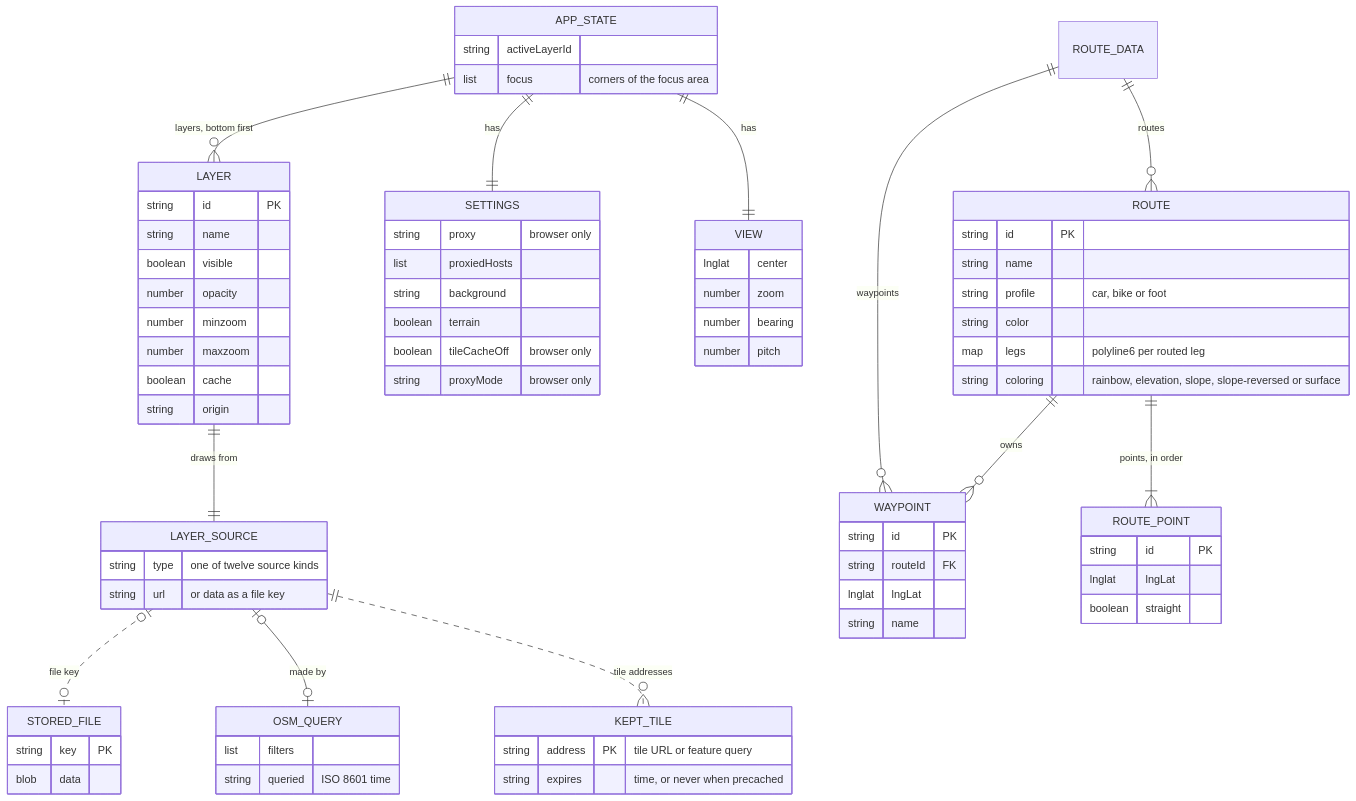
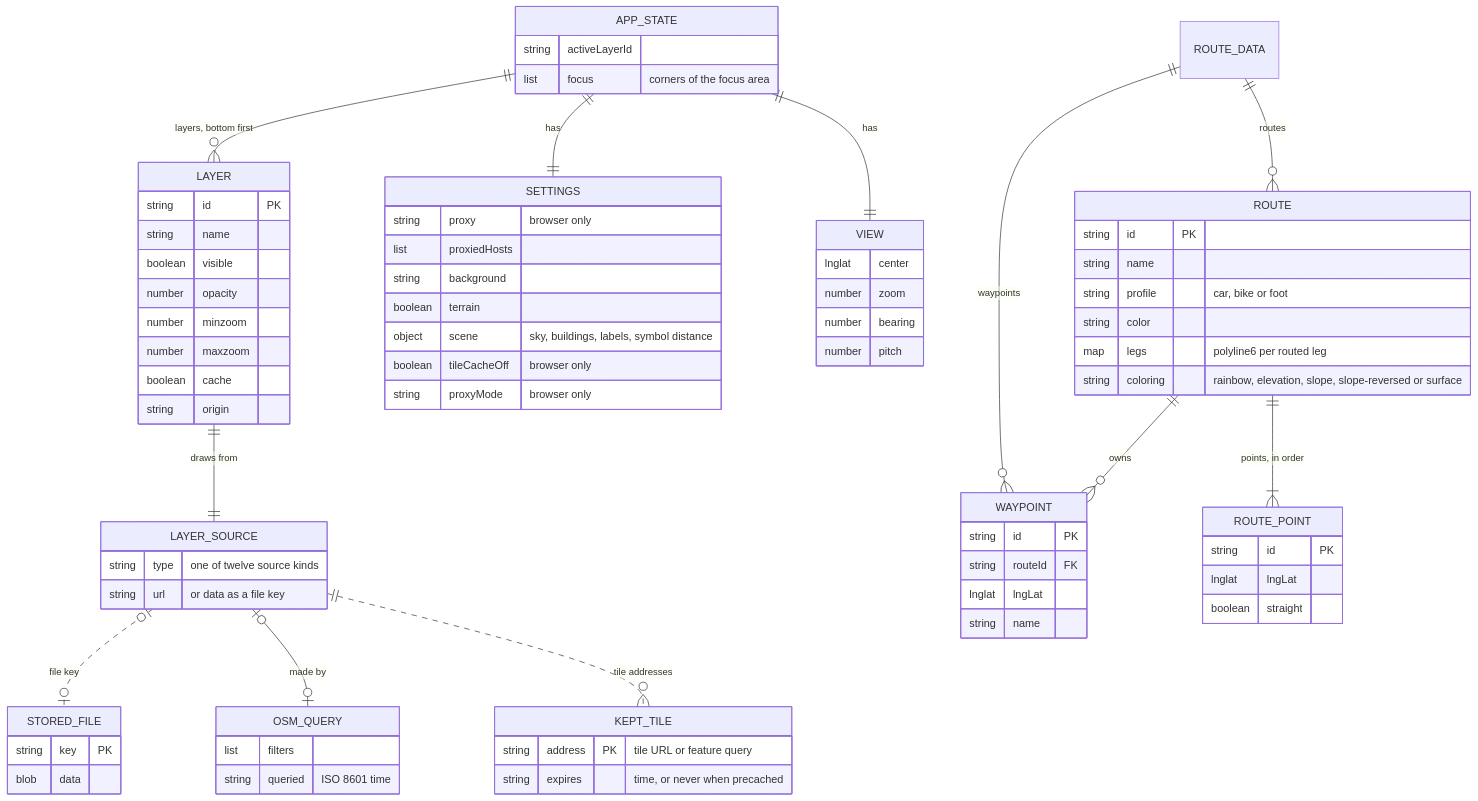
The third of 3 diagrams in .github/architecture.md (c0dev0id/LayerSlayer), drawn with Mermaid before and after one commit. The commit also changed 13 other files, not shown here.

````diff
--- a/.github/architecture.md
+++ b/.github/architecture.md
@@ -90,78 +90,79 @@
 ```mermaid
 erDiagram
   APP_STATE ||--o{ LAYER : "layers, bottom first"
   APP_STATE ||--|| SETTINGS : has
   APP_STATE ||--|| VIEW : has
   LAYER ||--|| LAYER_SOURCE : "draws from"
   LAYER_SOURCE |o..o| STORED_FILE : "file key"
   LAYER_SOURCE |o--o| OSM_QUERY : "made by"
   LAYER_SOURCE ||..o{ KEPT_TILE : "tile addresses"
   ROUTE_DATA ||--o{ ROUTE : routes
   ROUTE_DATA ||--o{ WAYPOINT : waypoints
   ROUTE ||--|{ ROUTE_POINT : "points, in order"
   ROUTE ||--o{ WAYPOINT : owns
 
   APP_STATE {
     string activeLayerId
     list focus "corners of the focus area"
   }
   SETTINGS {
     string proxy "browser only"
     list proxiedHosts
     string background
     boolean terrain
+    object scene "sky, buildings, labels, symbol distance"
     boolean tileCacheOff "browser only"
     string proxyMode "browser only"
   }
   VIEW {
     lnglat center
     number zoom
     number bearing
     number pitch
   }
   LAYER {
     string id PK
     string name
     boolean visible
     number opacity
     number minzoom
     number maxzoom
     boolean cache
     string origin
   }
   LAYER_SOURCE {
     string type "one of twelve source kinds"
     string url "or data as a file key"
   }
   OSM_QUERY {
     list filters
     string queried "ISO 8601 time"
   }
   STORED_FILE {
     string key PK
     blob data
   }
   KEPT_TILE {
     string address PK "tile URL or feature query"
     string expires "time, or never when precached"
   }
   ROUTE {
     string id PK
     string name
     string profile "car, bike or foot"
     string color
     map legs "polyline6 per routed leg"
     string coloring "rainbow, elevation, slope, slope-reversed or surface"
   }
   ROUTE_POINT {
     string id PK
     lnglat lngLat
     boolean straight
   }
   WAYPOINT {
     string id PK
     string routeId FK
     lnglat lngLat
     string name
   }
 ```
````
